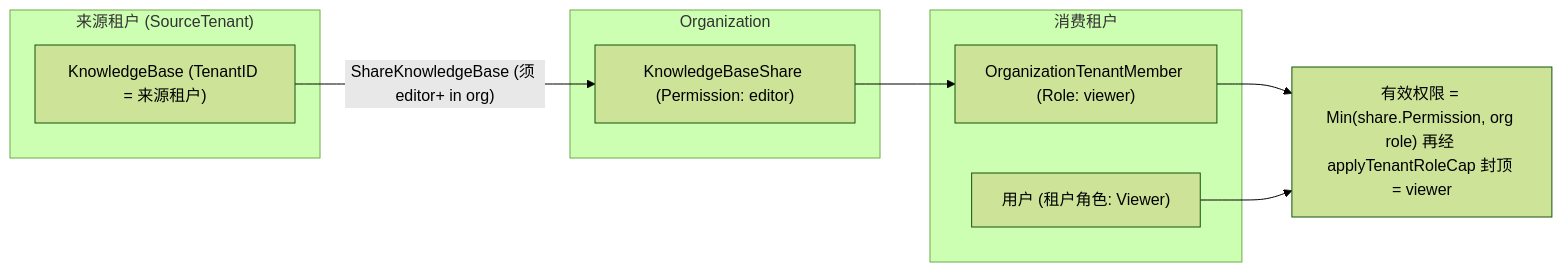
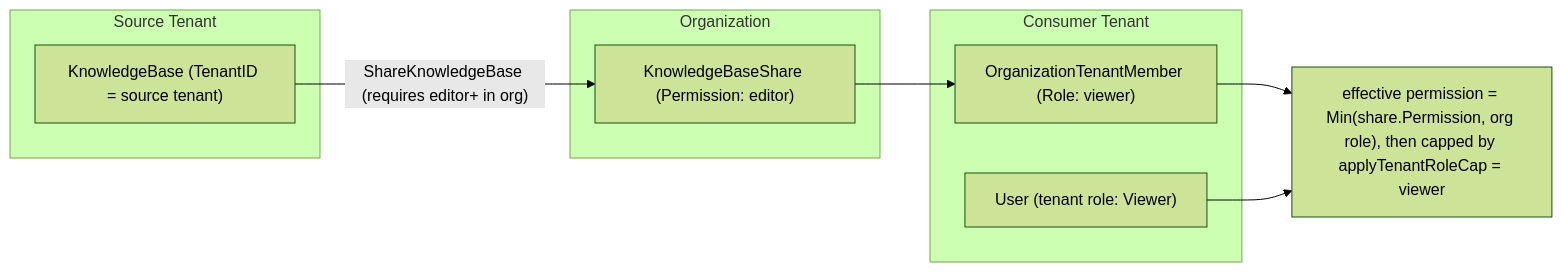
Before and after one commit to quantmind-br/WeKnora: the third of 3 diagrams in website-docs/03-features/01-tenant-auth.md, drawn with Mermaid (forest theme). The commit also changed other lines of this file and 27 other files, not shown here.

First line of the commit message:
i18n: translate remaining docs diagrams, anchors, code samples and API examples

````diff
--- a/website-docs/03-features/01-tenant-auth.md
+++ b/website-docs/03-features/01-tenant-auth.md
@@ -620,17 +620,17 @@
 ```mermaid
 flowchart LR
-    subgraph srcT["来源租户 (SourceTenant)"]
-        KB["KnowledgeBase (TenantID = 来源租户)"]
+    subgraph srcT["Source Tenant"]
+        KB["KnowledgeBase (TenantID = source tenant)"]
     end
     subgraph orgS["Organization"]
         SH["KnowledgeBaseShare (Permission: editor)"]
     end
-    subgraph dstT["消费租户"]
+    subgraph dstT["Consumer Tenant"]
         M["OrganizationTenantMember (Role: viewer)"]
-        UV["用户 (租户角色: Viewer)"]
+        UV["User (tenant role: Viewer)"]
     end
-    KB -- "ShareKnowledgeBase (须 editor+ in org)" --> SH
+    KB -- "ShareKnowledgeBase (requires editor+ in org)" --> SH
     SH --> M
-    M --> EP["有效权限 = Min(share.Permission, org role) 再经 applyTenantRoleCap 封顶 = viewer"]
+    M --> EP["effective permission = Min(share.Permission, org role), then capped by applyTenantRoleCap = viewer"]
     UV --> EP
 ```
````
